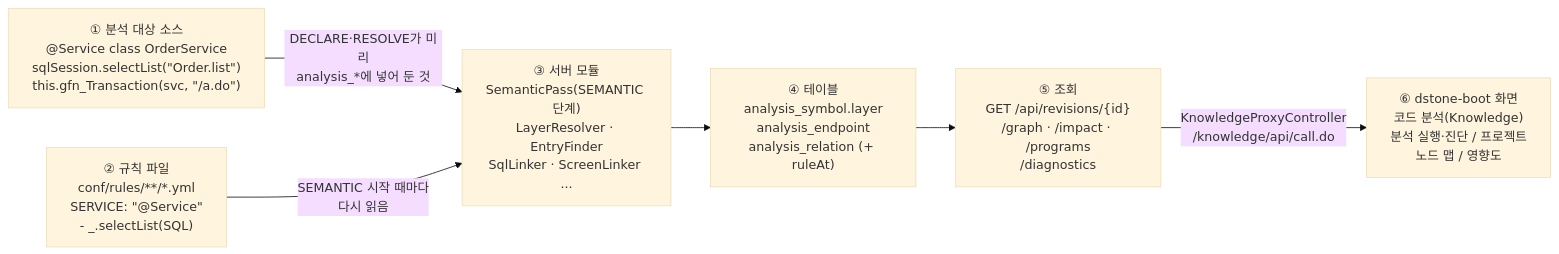
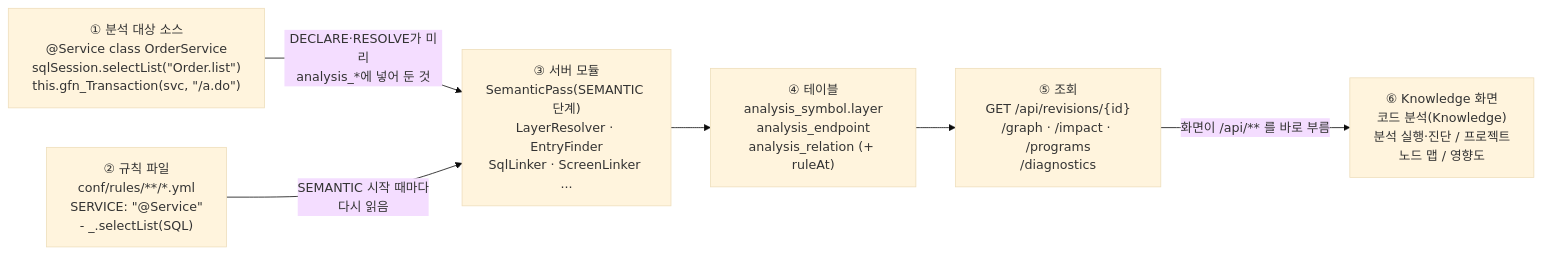
One commit to YongSoekChoeng/dstone changed the first of 3 diagrams in docs/11.dstone-knowledge-rules.md. Above: the diagram before and after it, drawn with Mermaid (base theme). The commit also changed other lines of this file and 86 other files, not shown here.

First line of the commit message:
feat: AI·Knowledge 화면을 dstone-ai-engine·dstone-knowledge로 옮기고 dstone-boot와 세션 공유

````diff
--- a/docs/11.dstone-knowledge-rules.md
+++ b/docs/11.dstone-knowledge-rules.md
@@ -30,12 +30,12 @@
 ```mermaid
 flowchart LR
     SRC["① 분석 대상 소스<br/>@Service class OrderService<br/>sqlSession.selectList(&quot;Order.list&quot;)<br/>this.gfn_Transaction(svc, &quot;/a.do&quot;)"]
     RULE["② 규칙 파일<br/>conf/rules/**/*.yml<br/>SERVICE: &quot;@Service&quot;<br/>- _.selectList(SQL)"]
     PASS["③ 서버 모듈<br/>SemanticPass(SEMANTIC 단계)<br/>LayerResolver · EntryFinder<br/>SqlLinker · ScreenLinker ..."]
     TBL["④ 테이블<br/>analysis_symbol.layer<br/>analysis_endpoint<br/>analysis_relation (+ ruleAt)"]
     API["⑤ 조회<br/>GET /api/revisions/{id}<br/>/graph · /impact · /programs<br/>/diagnostics"]
-    UI["⑥ dstone-boot 화면<br/>코드 분석(Knowledge)<br/>분석 실행·진단 / 프로젝트<br/>노드 맵 / 영향도"]
+    UI["⑥ Knowledge 화면<br/>코드 분석(Knowledge)<br/>분석 실행·진단 / 프로젝트<br/>노드 맵 / 영향도"]
     SRC -- "DECLARE·RESOLVE가 미리<br/>analysis_*에 넣어 둔 것" --> PASS
     RULE -- "SEMANTIC 시작 때마다<br/>다시 읽음" --> PASS
-    PASS --> TBL --> API -- "KnowledgeProxyController<br/>/knowledge/api/call.do" --> UI
+    PASS --> TBL --> API -- "화면이 /api/** 를 바로 부름" --> UI
 ```
````
